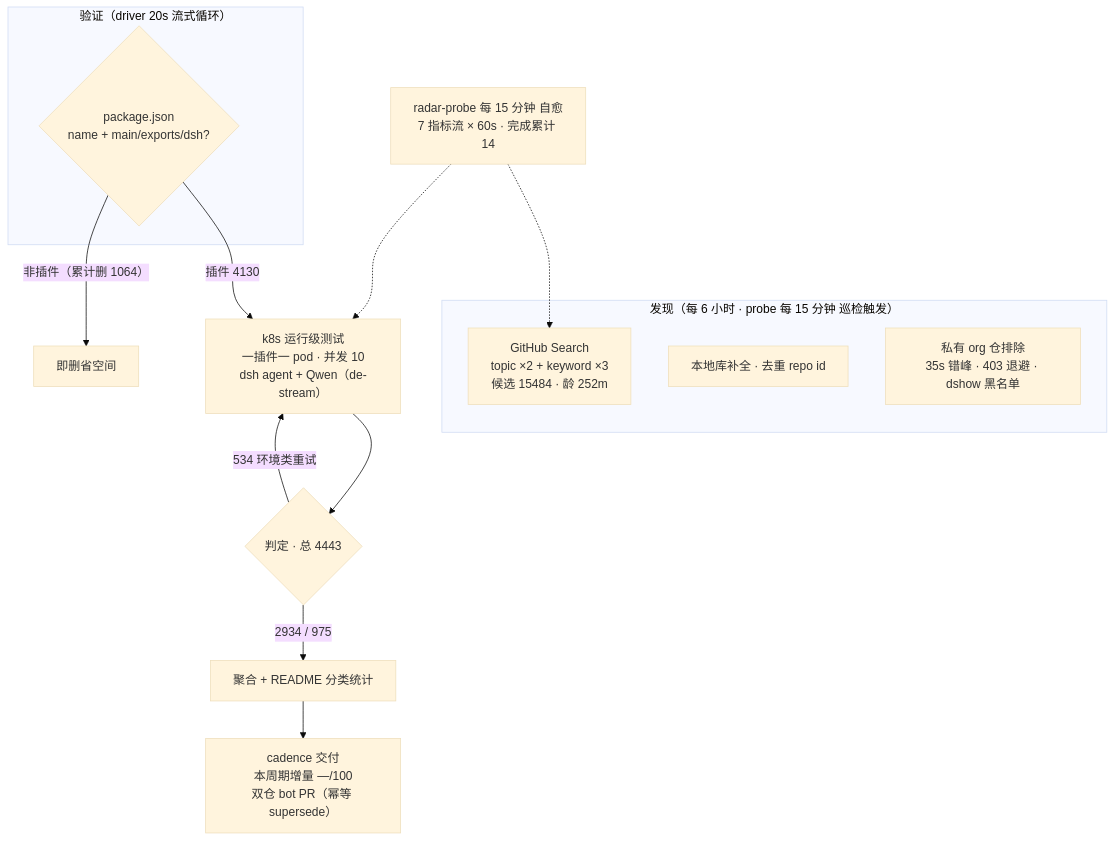
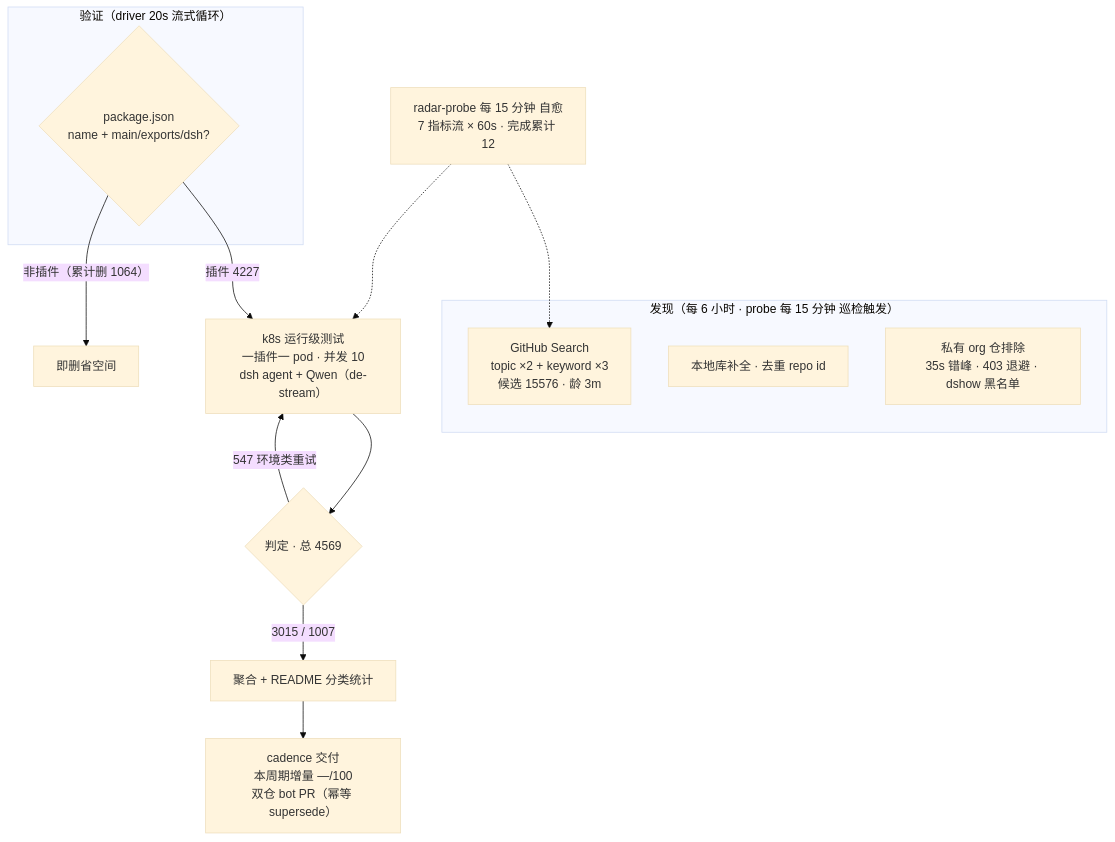
One commit to Zhidao-Lab-OSS/awesome-dsh-plugins changed the diagram in README.md. Above: the diagram before and after it, drawn with Mermaid (base theme). The commit also changed other lines of this file and 1 other file, not shown here.

````diff
--- a/README.md
+++ b/README.md
@@ -37,20 +37,20 @@
 ```mermaid
 flowchart TB
     subgraph Discovery["发现（每 6 小时 · probe 每 15 分钟 巡检触发）"]
-        A1["GitHub Search<br/>topic ×2 + keyword ×3<br/>候选 15484 · 龄 252m"]
+        A1["GitHub Search<br/>topic ×2 + keyword ×3<br/>候选 15576 · 龄 3m"]
         A2["本地库补全 · 去重 repo id"]
         A3["私有 org 仓排除<br/>35s 错峰 · 403 退避 · dshow 黑名单"]
     end
     subgraph Validation["验证（driver 20s 流式循环）"]
         B1{"package.json<br/>name + main/exports/dsh?"}
     end
-    B1 -->|"插件 4130"| C1["k8s 运行级测试<br/>一插件一 pod · 并发 10<br/>dsh agent + Qwen（de-stream）"]
+    B1 -->|"插件 4227"| C1["k8s 运行级测试<br/>一插件一 pod · 并发 10<br/>dsh agent + Qwen（de-stream）"]
     B1 -->|"非插件（累计删 1064）"| B3["即删省空间"]
-    C1 --> D1{"判定 · 总 4443"}
-    D1 -->|"2934 / 975"| E1["聚合 + README 分类统计"]
-    D1 -->|"534 环境类重试"| C1
+    C1 --> D1{"判定 · 总 4569"}
+    D1 -->|"3015 / 1007"| E1["聚合 + README 分类统计"]
+    D1 -->|"547 环境类重试"| C1
     E1 --> E2["cadence 交付<br/>本周期增量 —/100<br/>双仓 bot PR（幂等 supersede）"]
-    M["radar-probe 每 15 分钟 自愈<br/>7 指标流 × 60s · 完成累计 14"]
+    M["radar-probe 每 15 分钟 自愈<br/>7 指标流 × 60s · 完成累计 12"]
     M -.-> A1
     M -.-> C1
 ```
````
